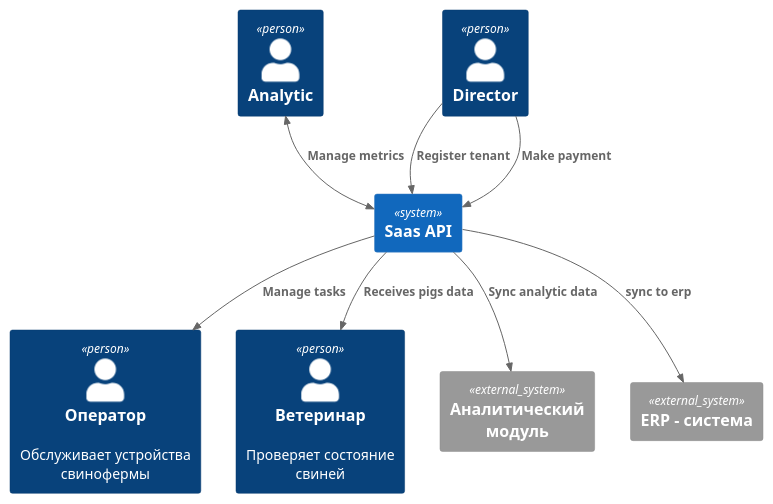
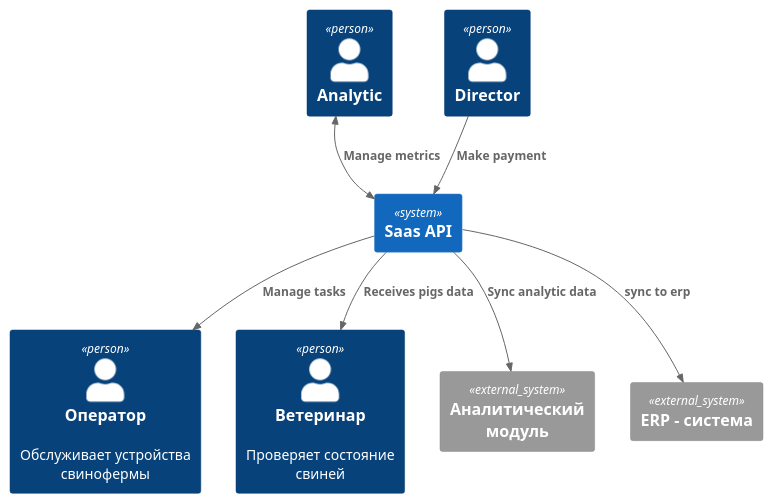
Before and after one commit to mirray/MSA-AgroTech: the diagram in Task5/ATCK_Saas_Api.puml, drawn with PlantUML. The commit also changed 3 other files, not shown here.

```diff
--- a/Task5/ATCK_Saas_Api.puml
+++ b/Task5/ATCK_Saas_Api.puml
@@ -1,20 +1,19 @@
 @startuml Saas__Api
 !include <C4/C4_Context>
 
 Person(analytic, "Analytic")
 Person(operator, "Оператор", "Обслуживает устройства свинофермы")
 Person(vet, "Ветеринар", "Проверяет состояние свиней")
 Person(director, "Director")
 System(atck, "Saas API")
 System_Ext(analytic_module, "Аналитический модуль")
 System_Ext(erp, "ERP - система")
 
-Rel_D(director, atck, "Register tenant")
 Rel_D(director, atck, "Make payment")
 Rel_D(atck, operator, "Manage tasks")
 Rel_D(atck, vet, "Receives pigs data")
 BiRel_D(analytic, atck, "Manage metrics")
 Rel(atck, analytic_module, "Sync analytic data")
 Rel(atck, erp, "sync to erp")
 
 @enduml
```
